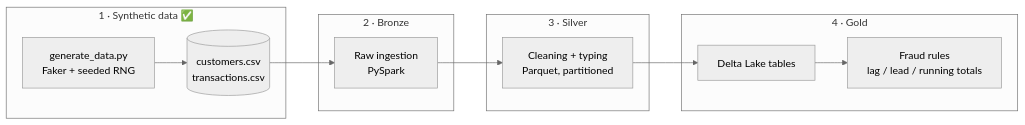
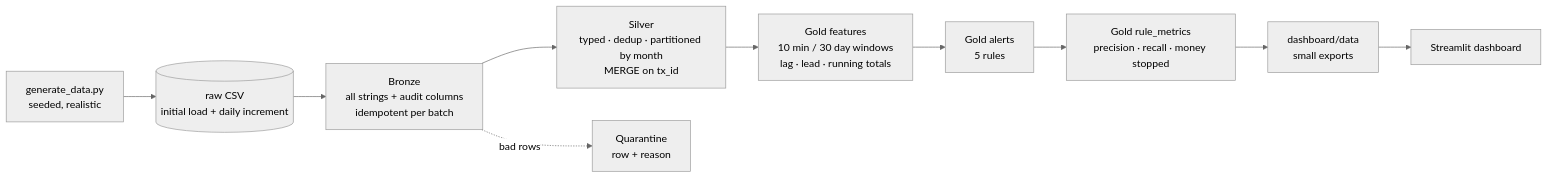
One commit to mmartinezvaras/banking-lakehouse-pyspark changed the diagram in README.md. Above: the diagram before and after it, drawn with Mermaid (neutral theme). The commit also changed other lines of this file, not shown here.

First line of the commit message:
docs: README with the measured results, architecture and how to run

````diff
--- a/README.md
+++ b/README.md
@@ -39,17 +50,11 @@
 ```mermaid
 flowchart LR
-    subgraph GEN["1 · Synthetic data ✅"]
-        A["generate_data.py<br/>Faker + seeded RNG"] --> B[("customers.csv<br/>transactions.csv")]
-    end
-    subgraph BRZ["2 · Bronze"]
-        C["Raw ingestion<br/>PySpark"]
-    end
-    subgraph SLV["3 · Silver"]
-        D["Cleaning + typing<br/>Parquet, partitioned"]
-    end
-    subgraph GLD["4 · Gold"]
-        E["Delta Lake tables"]
-        F["Fraud rules<br/>lag / lead / running totals"]
-    end
-    B --> C --> D --> E --> F
+    G["generate_data.py<br/>seeded, realistic"] --> R[("raw CSV<br/>initial load + daily increment")]
+    R --> B["Bronze<br/>all strings + audit columns<br/>idempotent per batch"]
+    B --> S["Silver<br/>typed · dedup · partitioned by month<br/>MERGE on tx_id"]
+    B -. bad rows .-> Q["Quarantine<br/>row + reason"]
+    S --> F["Gold features<br/>10 min / 30 day windows<br/>lag · lead · running totals"]
+    F --> A["Gold alerts<br/>5 rules"]
+    A --> M["Gold rule_metrics<br/>precision · recall · money stopped"]
+    M --> E["dashboard/data<br/>small exports"] --> D["Streamlit dashboard"]
 ```
````
